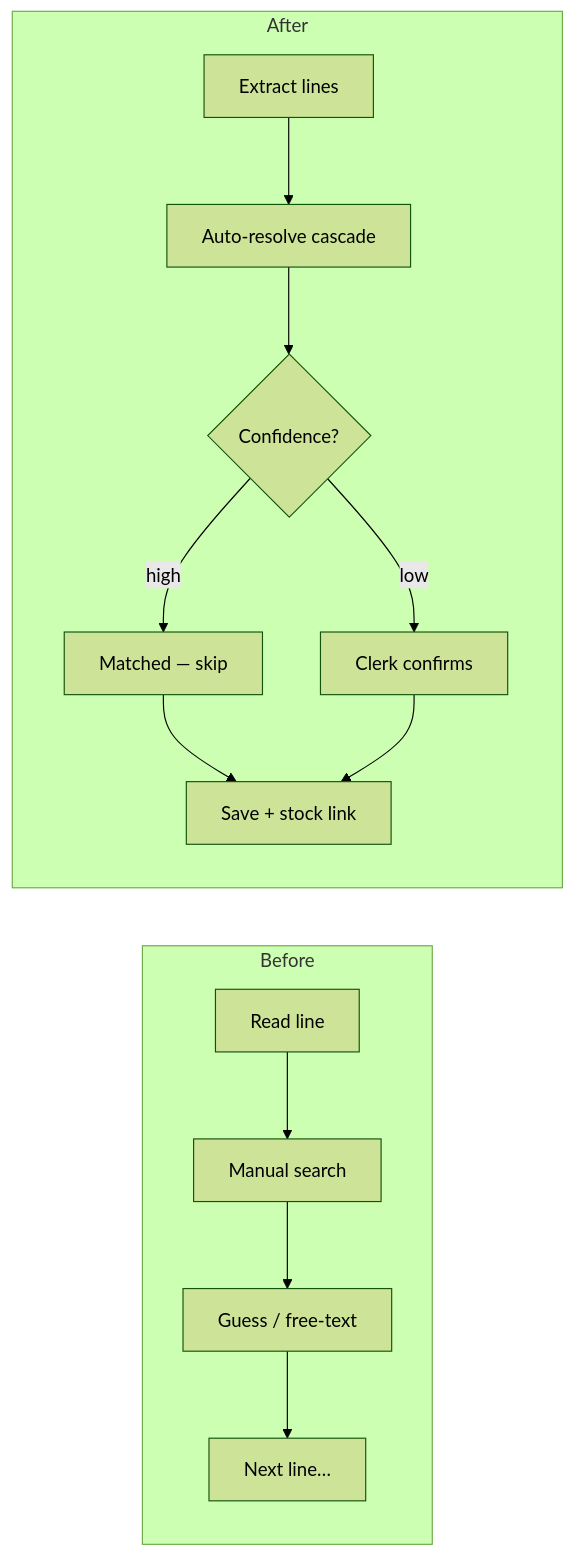
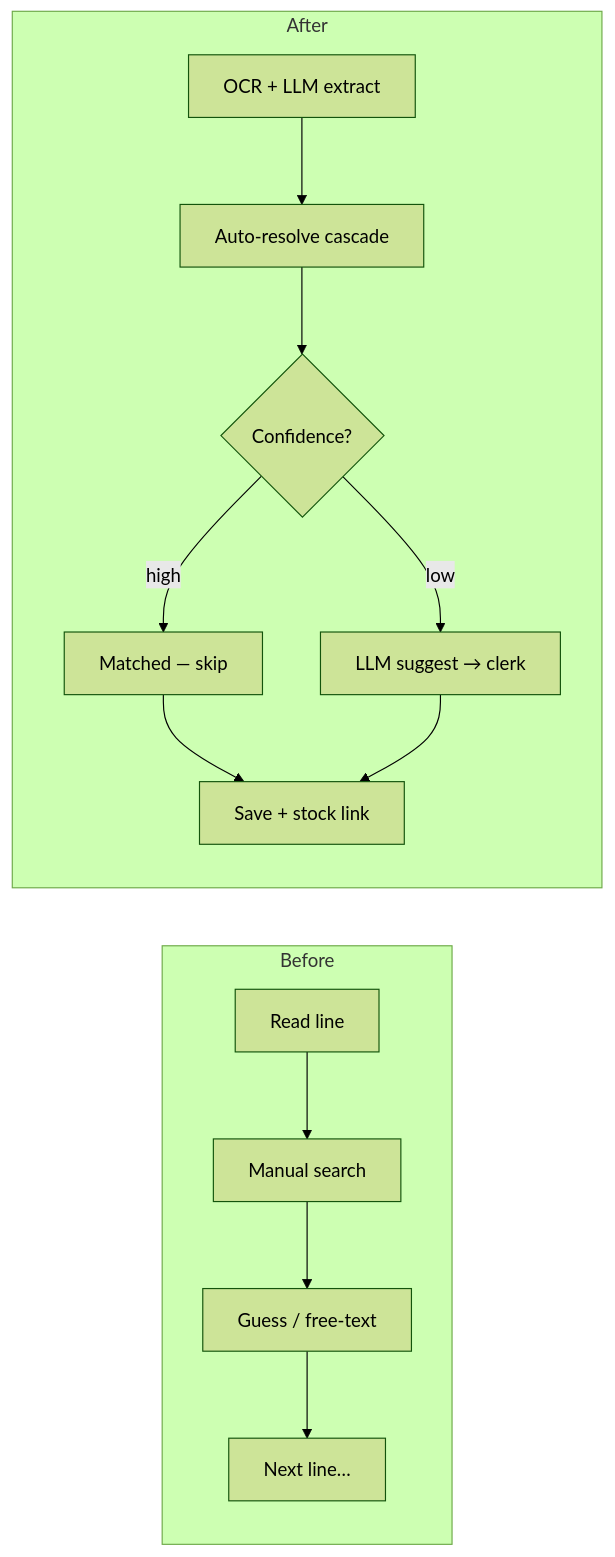
Before and after one commit to avinashbengaluru/ai-product-case-studies: the second of 4 diagrams in case-studies/01-smart-invoice-matching.md, drawn with Mermaid (forest theme). The commit also changed other lines of this file and 2 other files, not shown here.

First line of the commit message:
Surface the fuller AI stack across extract, catalog, and matching.

````diff
--- a/case-studies/01-smart-invoice-matching.md
+++ b/case-studies/01-smart-invoice-matching.md
@@ -39,16 +74,16 @@
 ```mermaid
 flowchart LR
   subgraph before [Before]
     B1[Read line] --> B2[Manual search]
     B2 --> B3[Guess / free-text]
     B3 --> B4[Next line…]
   end
   subgraph after [After]
-    A1[Extract lines] --> A2[Auto-resolve cascade]
+    A1[OCR + LLM extract] --> A2[Auto-resolve cascade]
     A2 --> A3{Confidence?}
     A3 -->|high| A4[Matched — skip]
-    A3 -->|low| A5[Clerk confirms]
+    A3 -->|low| A5[LLM suggest → clerk]
     A4 --> A6[Save + stock link]
     A5 --> A6
   end
 ```
````
